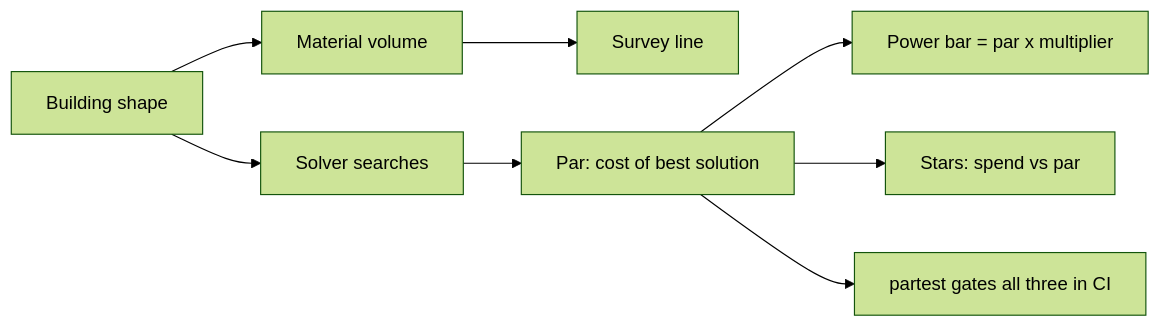
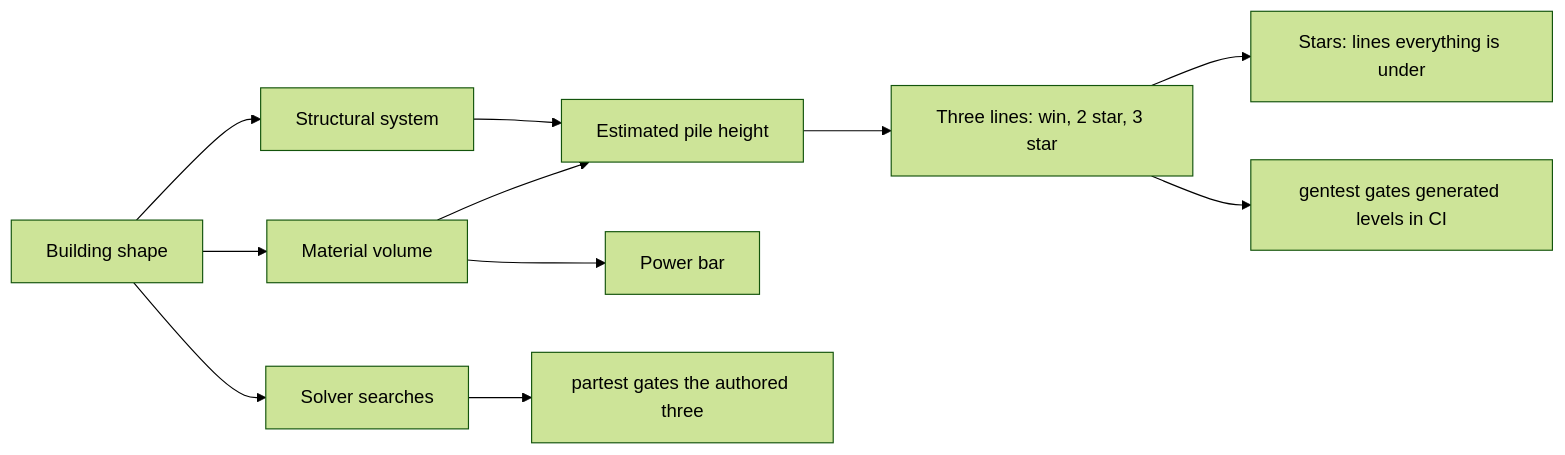
One commit to CoderCoop/CrumplZone changed the second of 5 diagrams in ARCHITECTURE.md. Above: the diagram before and after it, drawn with Mermaid (forest theme). The commit also changed other lines of this file and 23 other files, not shown here.

First line of the commit message:
feat: three star lines, real structural systems, and a charge worth the bar (#27)

````diff
--- a/ARCHITECTURE.md
+++ b/ARCHITECTURE.md
@@ -206,10 +237,13 @@
 ```mermaid
 flowchart LR
     shape[Building shape] --> volume[Material volume]
-    volume --> line[Survey line]
+    shape --> system[Structural system]
+    volume --> pile[Estimated pile height]
+    system --> pile
+    pile --> lines[Three lines: win, 2 star, 3 star]
+    volume --> bar[Power bar]
+    lines --> stars[Stars: lines everything is under]
+    lines --> gentest[gentest gates generated levels in CI]
     shape --> solver[Solver searches]
-    solver --> par[Par: cost of best solution]
-    par --> bar[Power bar = par x multiplier]
-    par --> stars[Stars: spend vs par]
-    par --> partest[partest gates all three in CI]
+    solver --> partest[partest gates the authored three]
 ```
````
